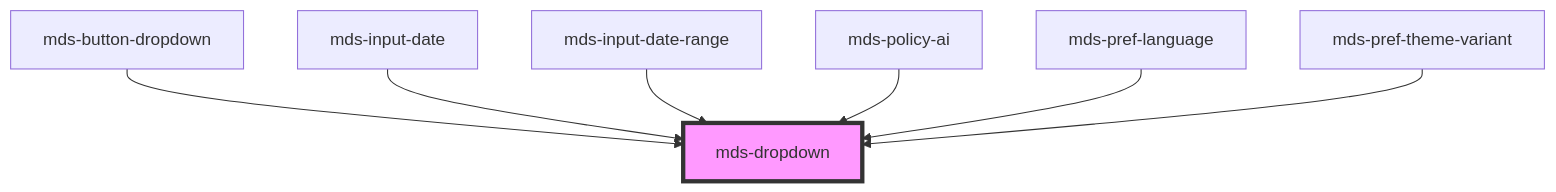
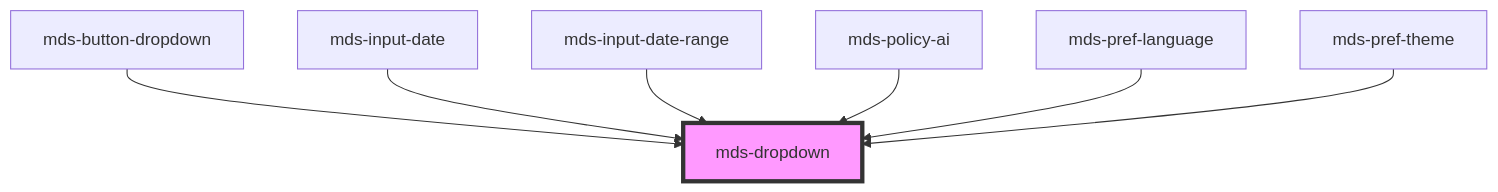
One commit to magma-design-system/magma changed the diagram in projects/stencil/src/components/mds-dropdown/readme.md. Above: the diagram before and after it, drawn with Mermaid. The commit also changed other lines of this file and 304 other files, not shown here.

````diff
--- a/projects/stencil/src/components/mds-dropdown/readme.md
+++ b/projects/stencil/src/components/mds-dropdown/readme.md
@@ -458,10 +458,10 @@
 ```mermaid
 graph TD;
   mds-button-dropdown --> mds-dropdown
   mds-input-date --> mds-dropdown
   mds-input-date-range --> mds-dropdown
   mds-policy-ai --> mds-dropdown
   mds-pref-language --> mds-dropdown
-  mds-pref-theme-variant --> mds-dropdown
+  mds-pref-theme --> mds-dropdown
   style mds-dropdown fill:#f9f,stroke:#333,stroke-width:4px
 ```
````
